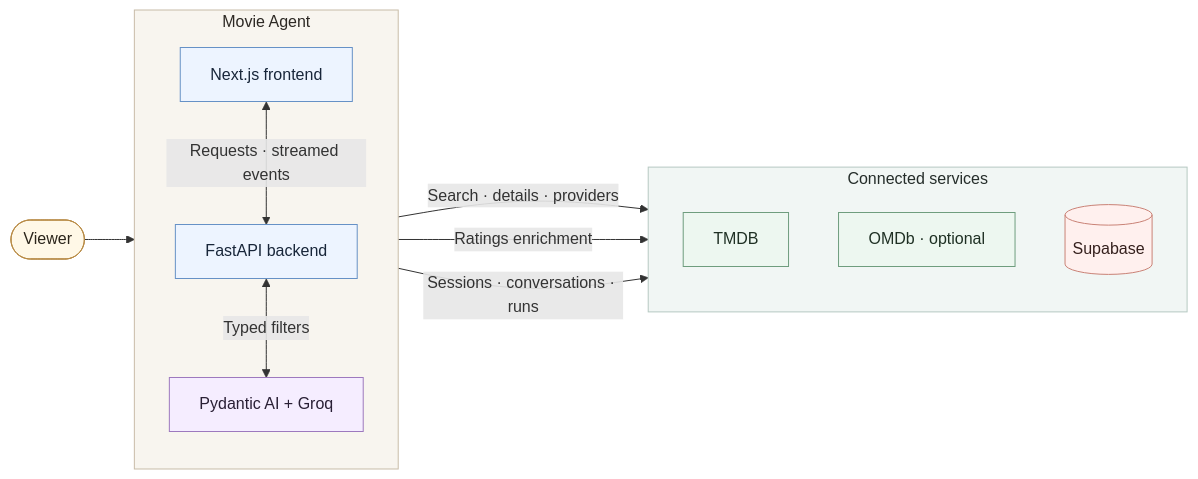
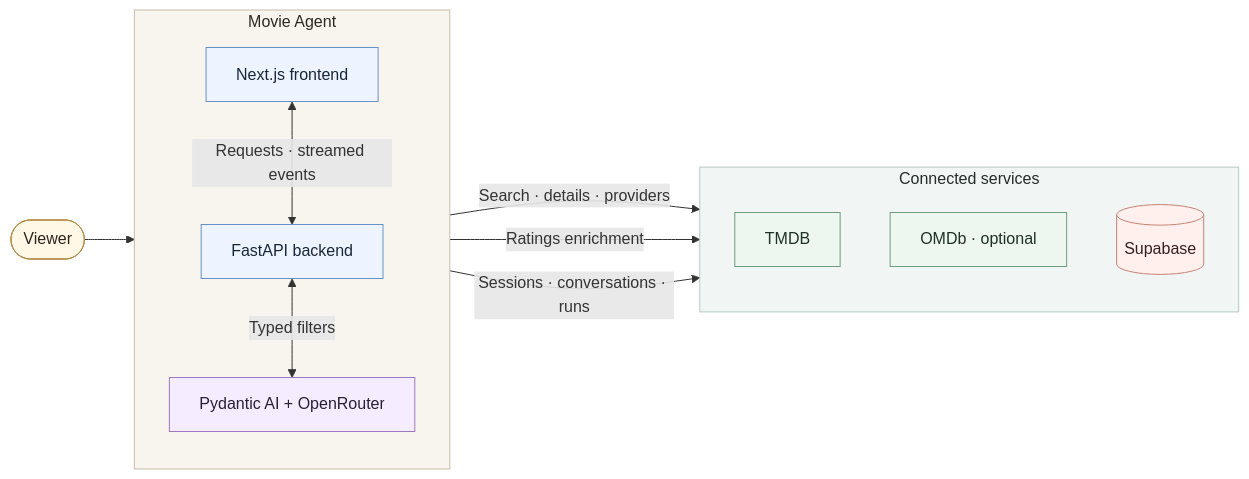
One commit to b0c-beep/movie-agent changed the diagram in README.md. Above: the diagram before and after it, drawn with Mermaid. The commit also changed other lines of this file and 1 other file, not shown here.

Commit message:
Document OpenRouter as the primary provider

````diff
--- a/README.md
+++ b/README.md
@@ -19,34 +19,34 @@
 ```mermaid
 flowchart LR
   viewer([Viewer])
   subgraph app[Movie Agent]
     direction TB
     web[Next.js frontend]
     api[FastAPI backend]
-    model[Pydantic AI + Groq]
+    model[Pydantic AI + OpenRouter]
     web <-->|Requests · streamed events| api
     api <-->|Typed filters| model
   end
   subgraph services[Connected services]
     direction TB
     tmdb[TMDB]
     omdb[OMDb · optional]
     db[(Supabase)]
   end
   viewer --> web
   api -->|Search · details · providers| tmdb
   api -->|Ratings enrichment| omdb
   api -->|Sessions · conversations · runs| db
   classDef visitor fill:#fff8e7,stroke:#b78a45,color:#2b251b
   classDef appNode fill:#edf4ff,stroke:#6691c6,color:#18263a
   classDef modelNode fill:#f5edff,stroke:#9d79be,color:#291f35
   classDef serviceNode fill:#edf7f0,stroke:#6f9d7e,color:#1f3024
   classDef storeNode fill:#fff0ee,stroke:#c98276,color:#35201d
   class viewer visitor
   class web,api appNode
   class model modelNode
   class tmdb,omdb serviceNode
   class db storeNode
   style app fill:#f8f5ef,stroke:#c8bca8,color:#2d2924
   style services fill:#f1f6f4,stroke:#b6c9c2,color:#252d2a
 ```
````
